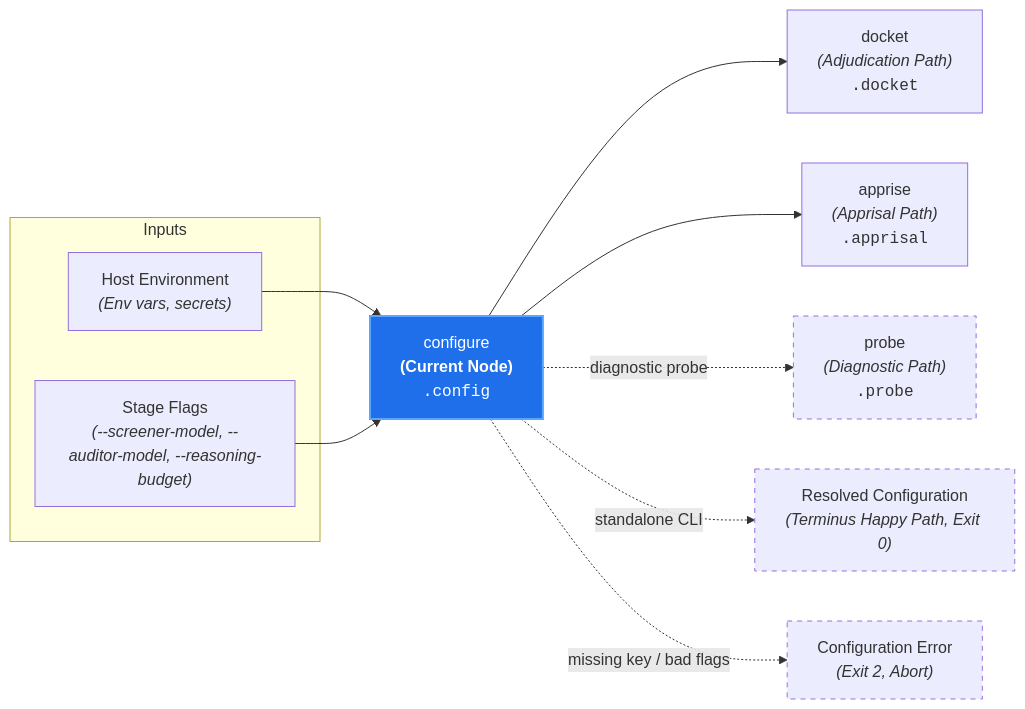
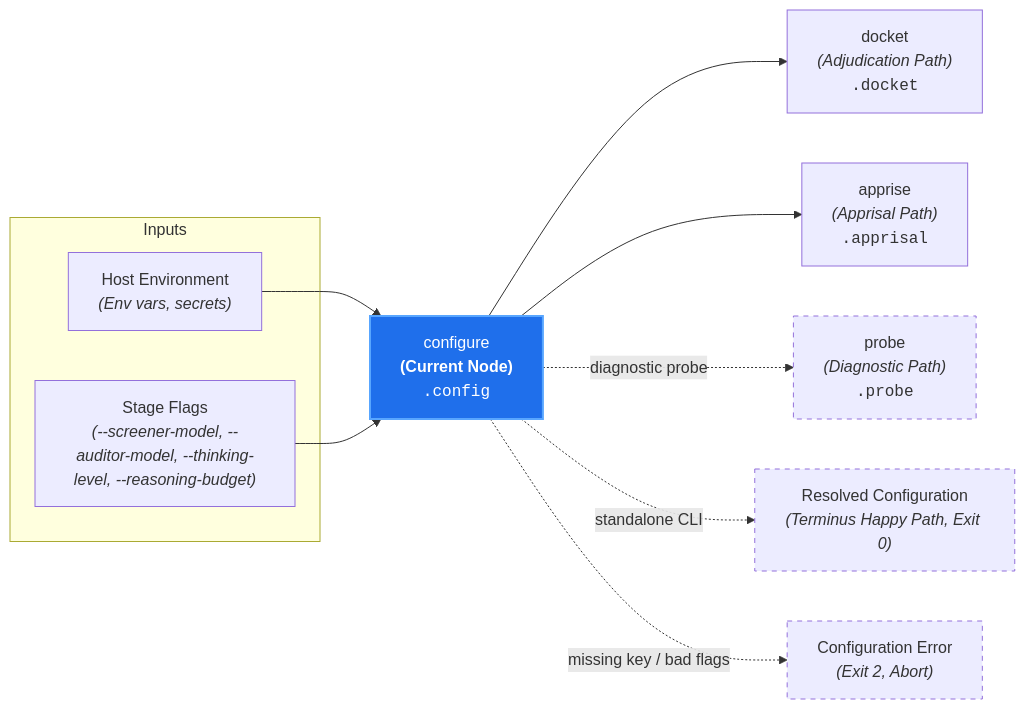
The diagram in docs/architecture/nodes/configure.md (PAIR-code/canon-clerk), drawn with Mermaid before and after one commit. The commit also changed other lines of this file and 44 other files, not shown here.

First line of the commit message:
feat(spec,configuration,core,cli): default auditor to gemini-4-carbon with bounded thinking, curtail audit timeout, and stream per-call reasoning telemetry (#315)

````diff
--- a/docs/architecture/nodes/configure.md
+++ b/docs/architecture/nodes/configure.md
@@ -21,21 +21,21 @@
 ```mermaid
 flowchart LR
     subgraph Inputs["Inputs"]
         Env["Host Environment<br/><i>(Env vars, secrets)</i>"]
-        Params["Stage Flags<br/><i>(--screener-model, --auditor-model, --reasoning-budget)</i>"]
+        Params["Stage Flags<br/><i>(--screener-model, --auditor-model, --thinking-level, --reasoning-budget)</i>"]
     end
 
     Env --> Config["configure<br/><b>(Current Node)</b><br/><code>.config</code>"]
     Params --> Config
 
     Config --> Docket["docket<br/><i>(Adjudication Path)</i><br/><code>.docket</code>"]
     Config --> Apprise["apprise<br/><i>(Apprisal Path)</i><br/><code>.apprisal</code>"]
     Config -. "diagnostic probe" .-> Probe["probe<br/><i>(Diagnostic Path)</i><br/><code>.probe</code>"]
     Config -. "standalone CLI" .-> ConfigReport["Resolved Configuration<br/><i>(Terminus Happy Path, Exit 0)</i>"]
     Config -. "missing key / bad flags" .-> Error["Configuration Error<br/><i>(Exit 2, Abort)</i>"]
 
     style Config fill:#1f6feb,stroke:#58a6ff,stroke-width:2px,color:#fff
     style ConfigReport stroke-dasharray: 5 5
     style Probe stroke-dasharray: 5 5
     style Error stroke-dasharray: 5 5
 ```
````
